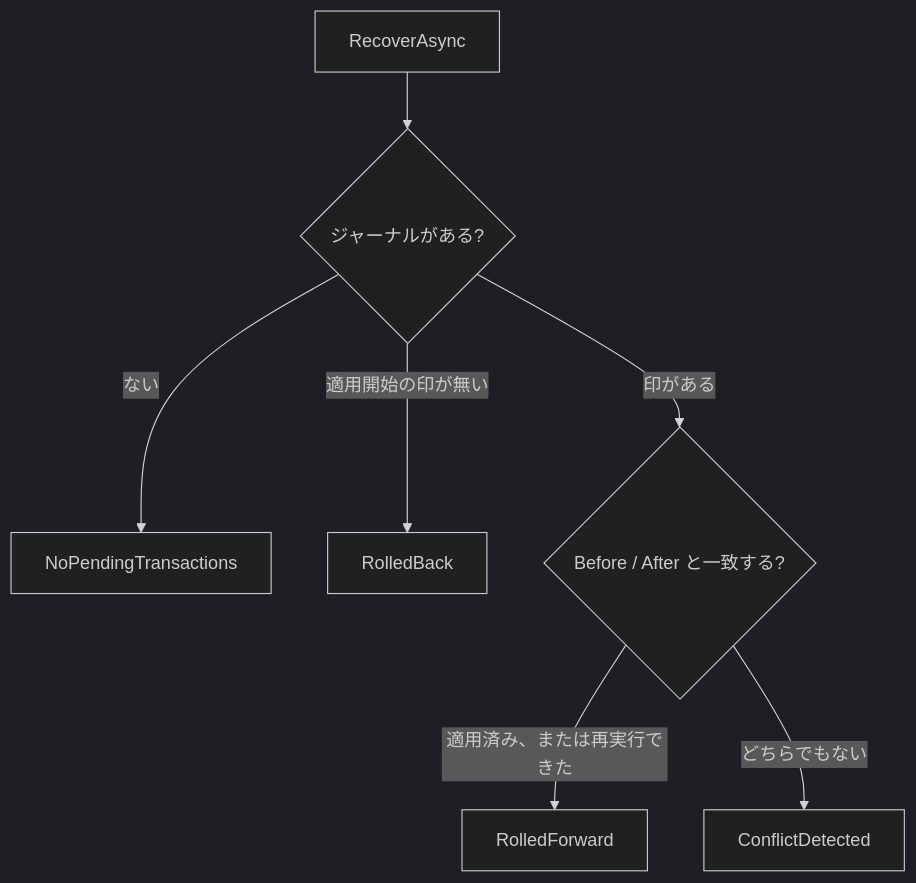
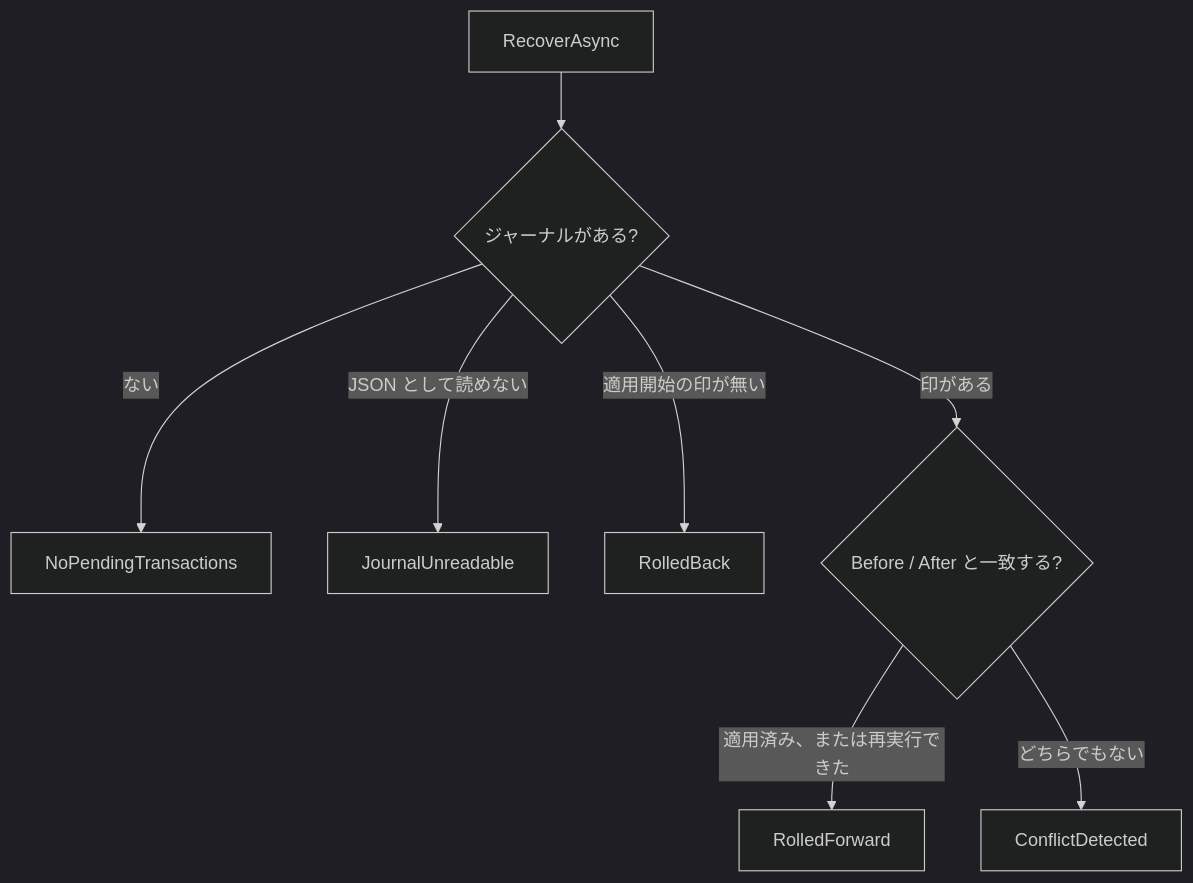
Before and after one commit to YUKIKEDA/Txfio: the second of 15 diagrams in README.md, drawn with Mermaid (dark theme). The commit also changed other lines of this file and 8 other files, not shown here.

Commit message:
fix(txfio): 読めないジャーナルは残して JournalUnreadable を返す (#131)

````diff
--- a/README.md
+++ b/README.md
@@ -141,9 +141,10 @@
 ```mermaid
 flowchart TD
   call["RecoverAsync"] --> has{"ジャーナルがある?"}
   has -->|ない| none["NoPendingTransactions"]
+  has -->|JSON として読めない| unreadable["JournalUnreadable"]
   has -->|適用開始の印が無い| back["RolledBack"]
   has -->|印がある| match{"Before / After と一致する?"}
   match -->|適用済み、または再実行できた| forward["RolledForward"]
   match -->|どちらでもない| conflict["ConflictDetected"]
 ```
````
